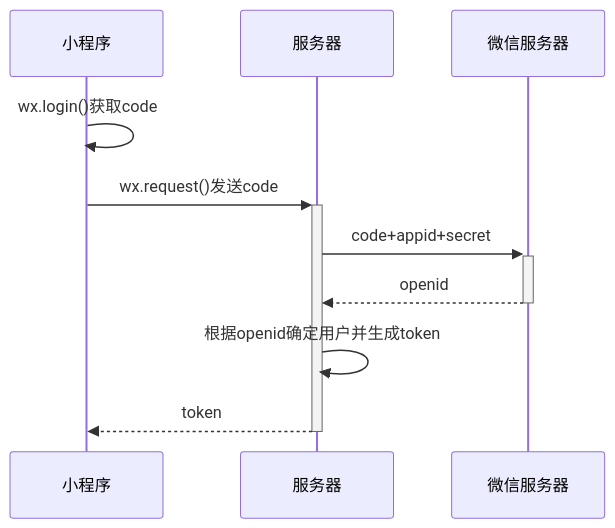
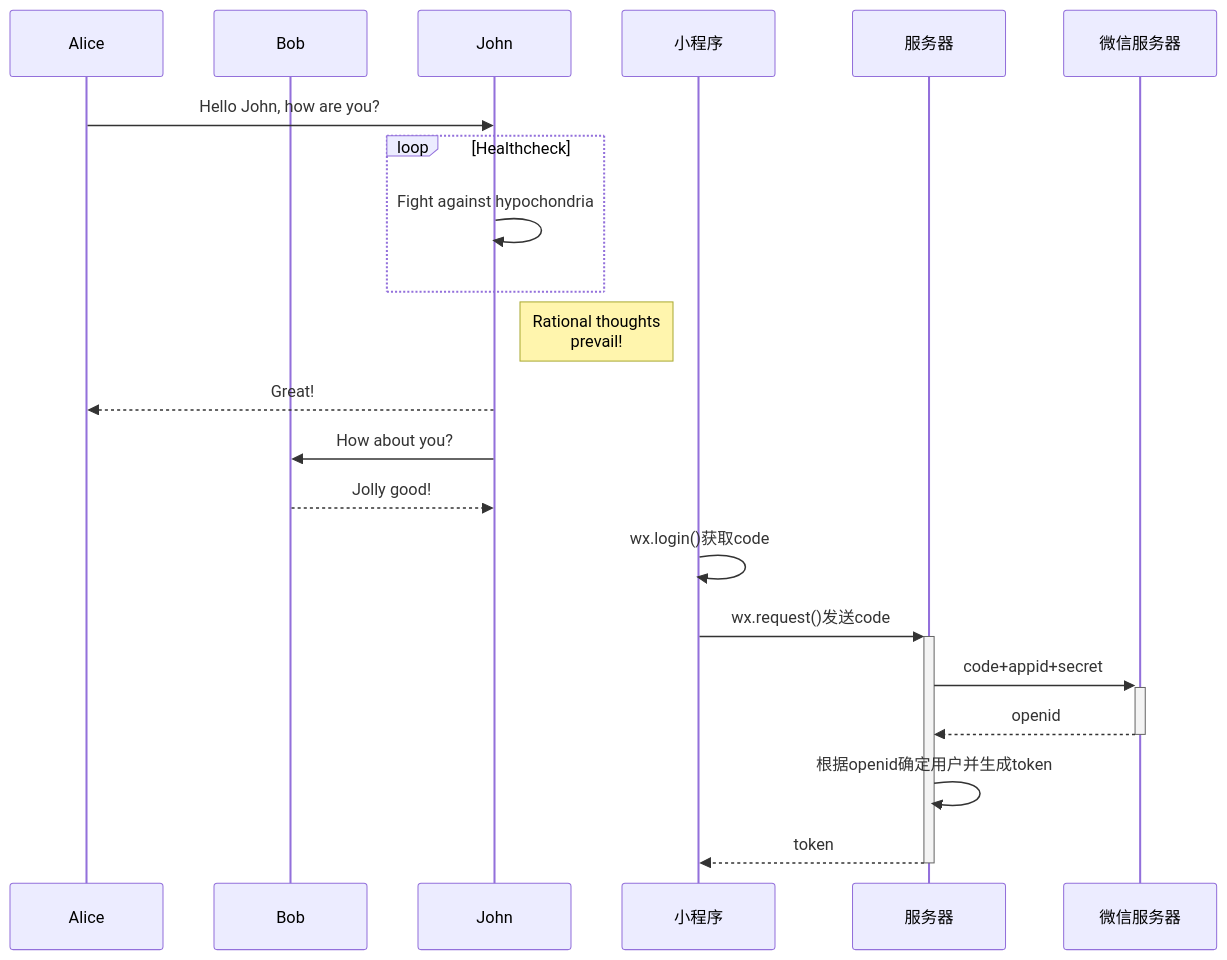
Before and after one commit to codecason/TechNotes: the sixth of 6 diagrams in system-design/plantUML.md, drawn with Mermaid. The commit also changed other lines of this file, not shown here.

Commit message:
update plantuml

````diff
--- a/system-design/plantUML.md
+++ b/system-design/plantUML.md
@@ -69,9 +69,21 @@
 ```mermaid
 sequenceDiagram
+
+    participant Alice
+    participant Bob
+    Alice->>John: Hello John, how are you?
+    loop Healthcheck
+        John->>John: Fight against hypochondria
+    end
+    Note right of John: Rational thoughts <br/>prevail!
+    John-->>Alice: Great!
+    John->>Bob: How about you?
+    Bob-->>John: Jolly good!
+
     小程序 ->> 小程序 : wx.login()获取code
     小程序 ->> + 服务器 : wx.request()发送code
     服务器 ->> + 微信服务器 : code+appid+secret
     微信服务器 -->> - 服务器 : openid
     服务器 ->> 服务器 : 根据openid确定用户并生成token
     服务器 -->> - 小程序 : token
 ```
````
